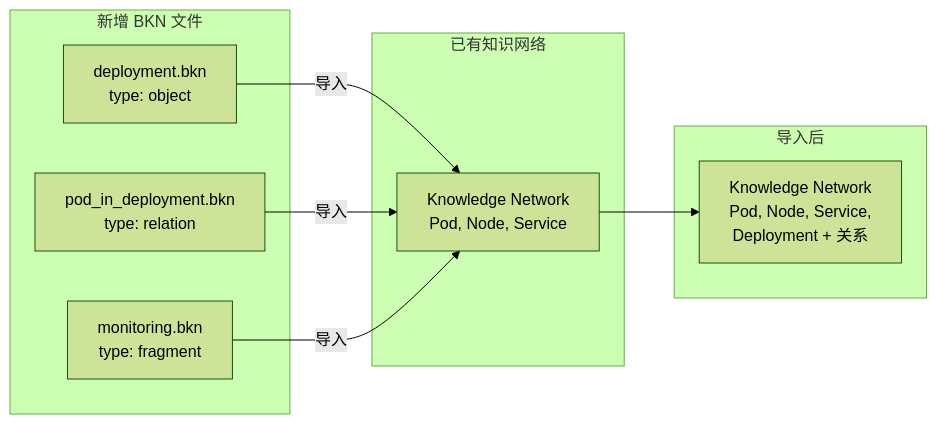
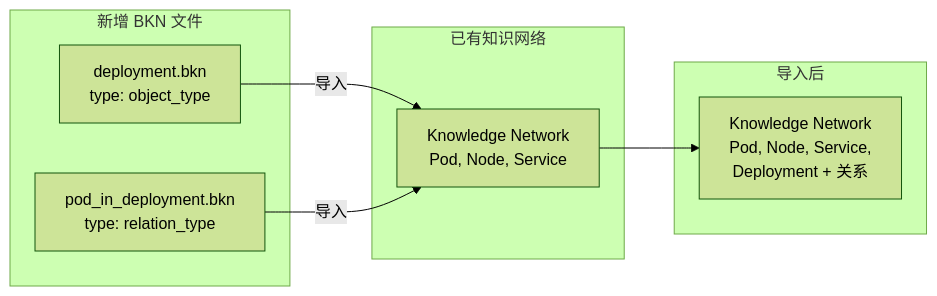
The sixth of 6 diagrams in docs/ARCHITECTURE.md (hhthxt/bkn-specification), drawn with Mermaid (forest theme) before and after one commit. The commit also changed other lines of this file and 3 other files, not shown here.

````diff
--- a/docs/ARCHITECTURE.md
+++ b/docs/ARCHITECTURE.md
@@ -254,22 +267,20 @@
 ```mermaid
 flowchart LR
     subgraph Existing["已有知识网络"]
         KN["Knowledge Network<br/>Pod, Node, Service"]
     end
-    
+
     subgraph NewFiles["新增 BKN 文件"]
-        NewObject["deployment.bkn<br/>type: object"]
-        NewRelation["pod_in_deployment.bkn<br/>type: relation"]
-        Fragment["monitoring.bkn<br/>type: fragment"]
+        NewObject["deployment.bkn<br/>type: object_type"]
+        NewRelation["pod_in_deployment.bkn<br/>type: relation_type"]
     end
-    
+
     NewObject -->|导入| KN
     NewRelation -->|导入| KN
-    Fragment -->|导入| KN
-    
+
     subgraph Result["导入后"]
         KN2["Knowledge Network<br/>Pod, Node, Service,<br/>Deployment + 关系"]
     end
-    
+
     KN --> KN2
 ```
````
